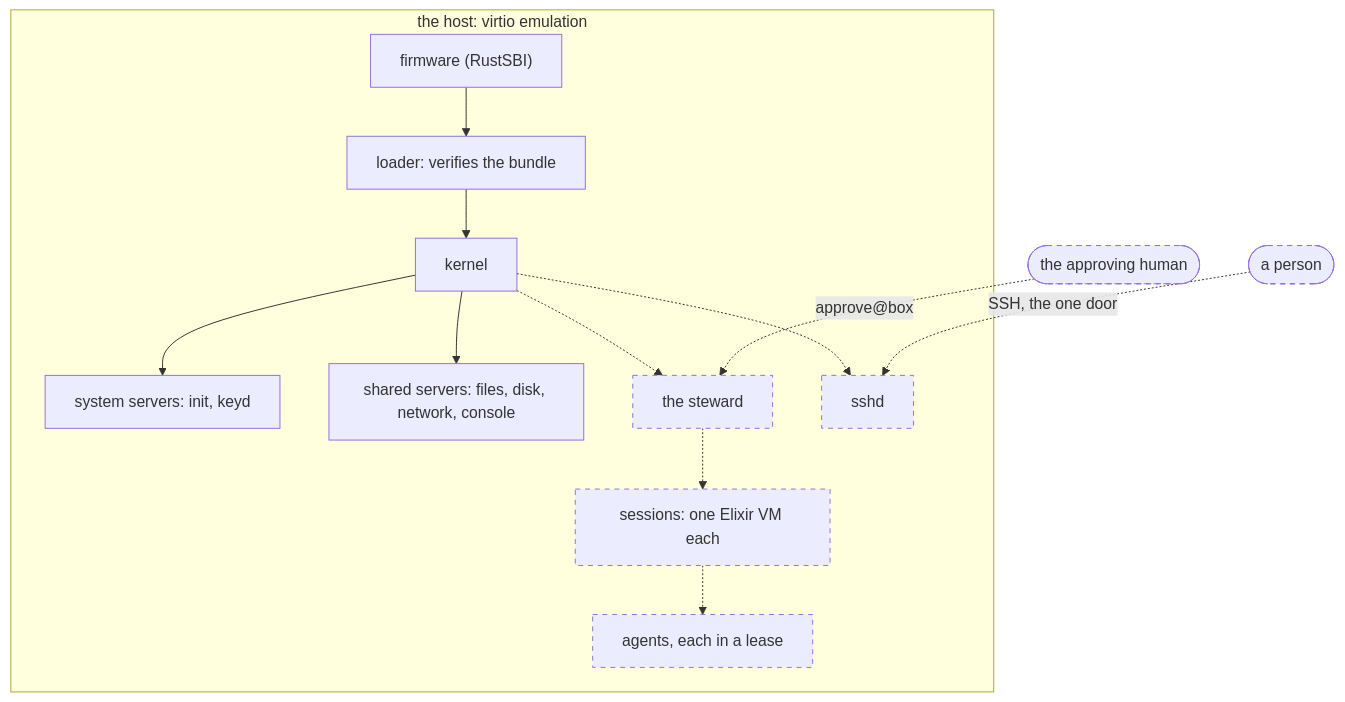
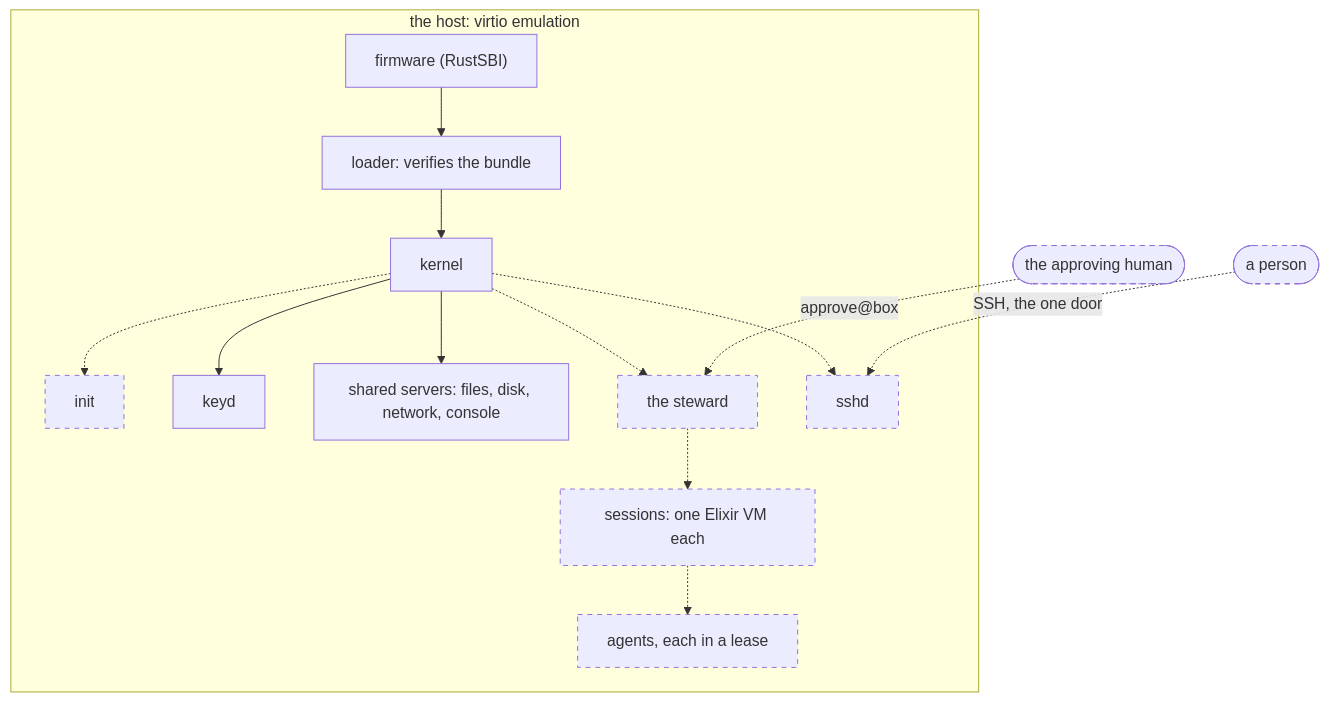
The first of 5 diagrams in docs/TOUR.md (sirmick/redoubt), drawn with Mermaid before and after one commit. The commit also changed other lines of this file, not shown here.

First line of the commit message:
DOC1: the tour draws init as planned and keyd as built

````diff
--- a/docs/TOUR.md
+++ b/docs/TOUR.md
@@ -15,16 +15,17 @@
 ```mermaid
 flowchart TB
     subgraph host["the host: virtio emulation"]
       FW["firmware (RustSBI)"] --> LD["loader: verifies the bundle"] --> K["kernel"]
-      K --> SYS["system servers: init, keyd"]
+      K -.-> INIT["init"]
+      K --> KD["keyd"]
       K --> SH["shared servers: files, disk, network, console"]
       K -.-> ST["the steward"]
       K -.-> SSHD["sshd"]
       ST -.-> SE["sessions: one Elixir VM each"]
       SE -.-> AG["agents, each in a lease"]
     end
     P(["a person"]) -.->|"SSH, the one door"| SSHD
     H(["the approving human"]) -.->|"approve@box"| ST
     classDef planned stroke-dasharray: 5 5
-    class ST,SSHD,SE,AG,P,H planned
+    class INIT,ST,SSHD,SE,AG,P,H planned
 ```
````
